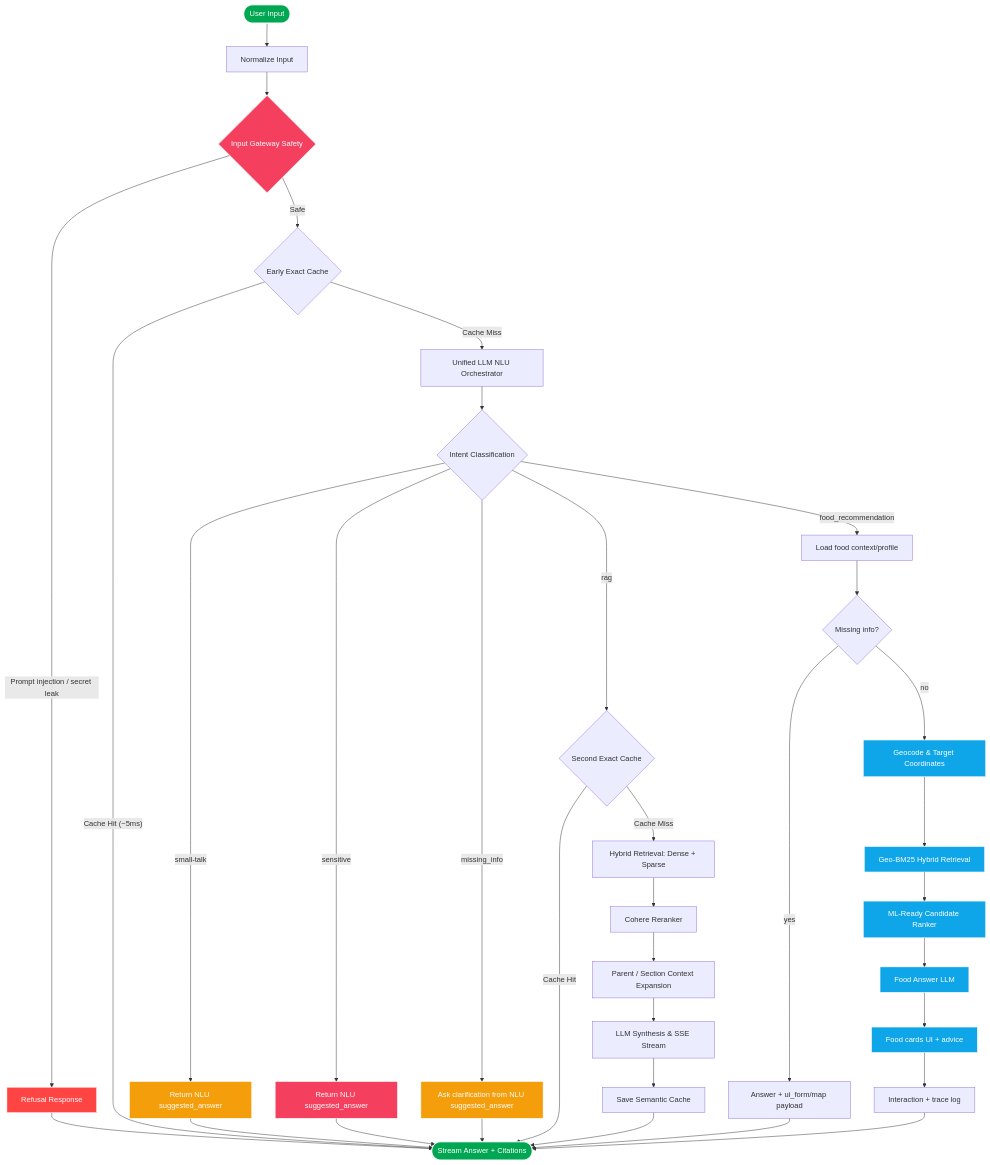
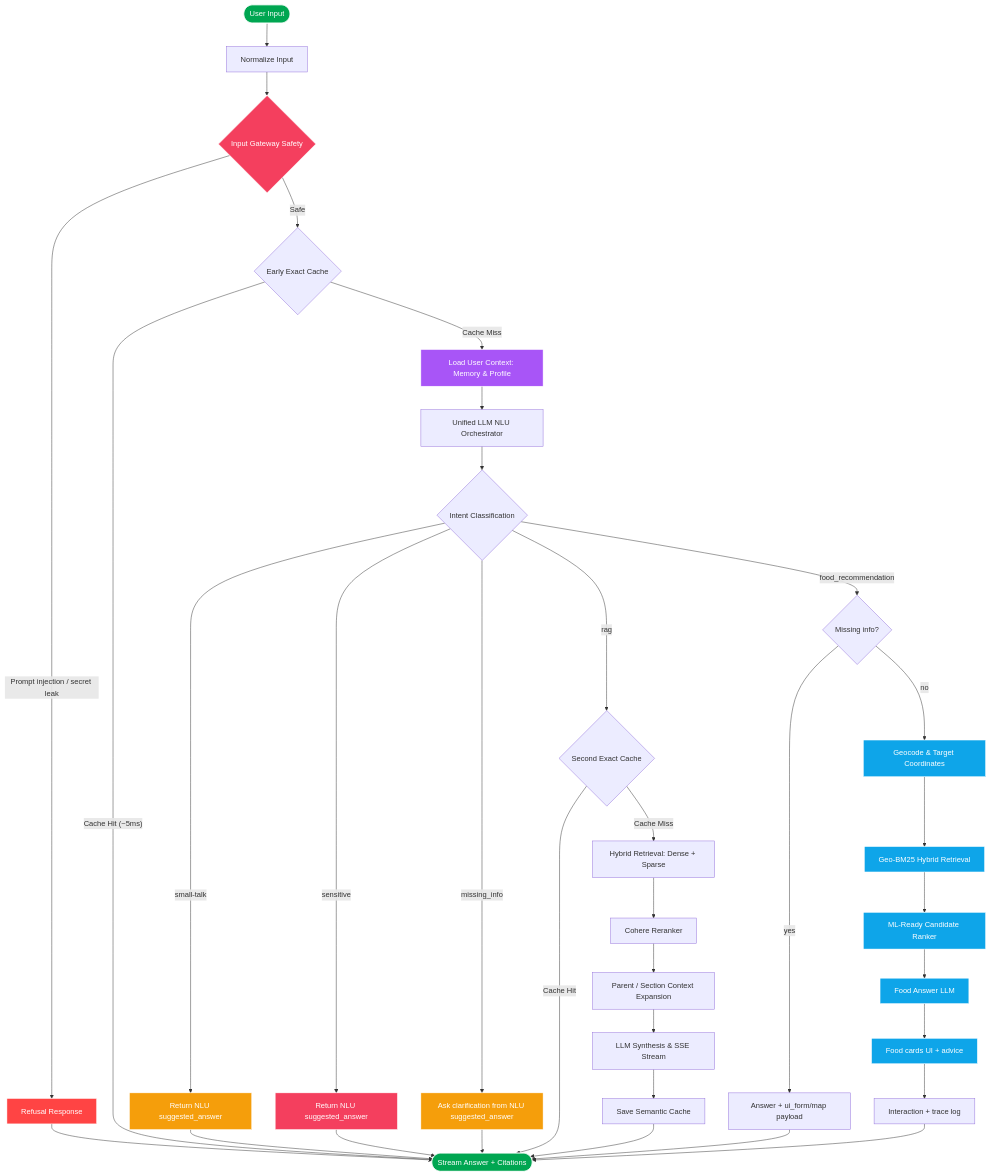
One commit to dungltcn272/XANH_SM_AI_ASSISTANT_V1 changed the diagram in README.md. Above: the diagram before and after it, drawn with Mermaid. The commit also changed other lines of this file and 6 other files, not shown here.

````diff
--- a/README.md
+++ b/README.md
@@ -66,56 +131,113 @@
 ```mermaid
+
 graph TD
+
     A([User Input]) --> N[Normalize Input]
+
     N --> B{Input Gateway Safety}
+
     B -- "Prompt injection / secret leak" --> Block[Refusal Response]
+
     B -- "Safe" --> C{Early Exact Cache}
 
+
+
     C -- "Cache Hit (~5ms)" --> Out([Stream Answer + Citations])
-    C -- "Cache Miss" --> D[Unified LLM NLU Orchestrator]
+
+    C -- "Cache Miss" --> LC[Load User Context: Memory & Profile]
+
+    LC --> D[Unified LLM NLU Orchestrator]
+
     
+
     D --> E{Intent Classification}
+
     E -- "small-talk" --> Stalk[Return NLU suggested_answer]
+
     E -- "sensitive" --> Sen[Return NLU suggested_answer]
+
     E -- "missing_info" --> Miss[Ask clarification from NLU suggested_answer]
+
     E -- "rag" --> F{Second Exact Cache}
-    E -- "food_recommendation" --> FC[Load food context/profile]
+
+    E -- "food_recommendation" --> M{Missing info?}
+
+
 
     %% Luồng Food Recommendation
-    FC --> M{Missing info?}
+
     M -- yes --> FORM[Answer + ui_form/map payload]
+
     M -- no --> FR1[Geocode & Target Coordinates]
+
     FR1 --> FR2[Geo-BM25 Hybrid Retrieval]
+
     FR2 --> FR3[ML-Ready Candidate Ranker]
+
     FR3 --> FR4[Food Answer LLM]
+
     FR4 --> CARD[Food cards UI + advice]
+
     CARD --> LOG[Interaction + trace log]
+
     LOG --> Out
 
+
+
     %% Luồng RAG
+
     F -- "Cache Hit" --> Out
+
     F -- "Cache Miss" --> G[Hybrid Retrieval: Dense + Sparse]
+
     G --> H[Cohere Reranker]
+
     H --> I[Parent / Section Context Expansion]
+
     I --> K[LLM Synthesis & SSE Stream]
+
     K --> CacheSave[Save Semantic Cache]
+
     CacheSave --> Out
 
+
+
     Block --> Out
+
     Stalk --> Out
+
     Sen --> Out
+
     Miss --> Out
+
     FORM --> Out
 
+
+
     style A fill:#00A651,stroke:#fff,color:#fff
+
     style Out fill:#00A651,stroke:#fff,color:#fff
+
     style Block fill:#ff4444,stroke:#fff,color:#fff
+
     style Stalk fill:#f59e0b,stroke:#fff,color:#fff
+
     style Sen fill:#f43f5e,stroke:#fff,color:#fff
+
     style Miss fill:#f59e0b,stroke:#fff,color:#fff
+
     style B fill:#f43f5e,stroke:#fff,color:#fff
+
     style FR1 fill:#0ea5e9,stroke:#fff,color:#fff
+
     style FR2 fill:#0ea5e9,stroke:#fff,color:#fff
+
     style FR3 fill:#0ea5e9,stroke:#fff,color:#fff
+
     style FR4 fill:#0ea5e9,stroke:#fff,color:#fff
+
     style CARD fill:#0ea5e9,stroke:#fff,color:#fff
+
+    style LC fill:#a855f7,stroke:#fff,color:#fff
+
 ```
````
